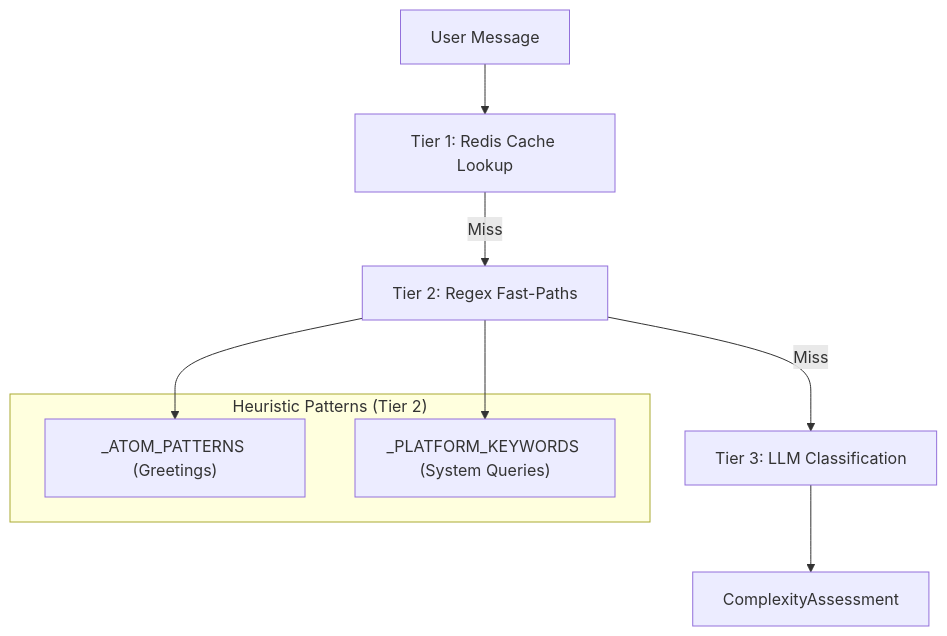
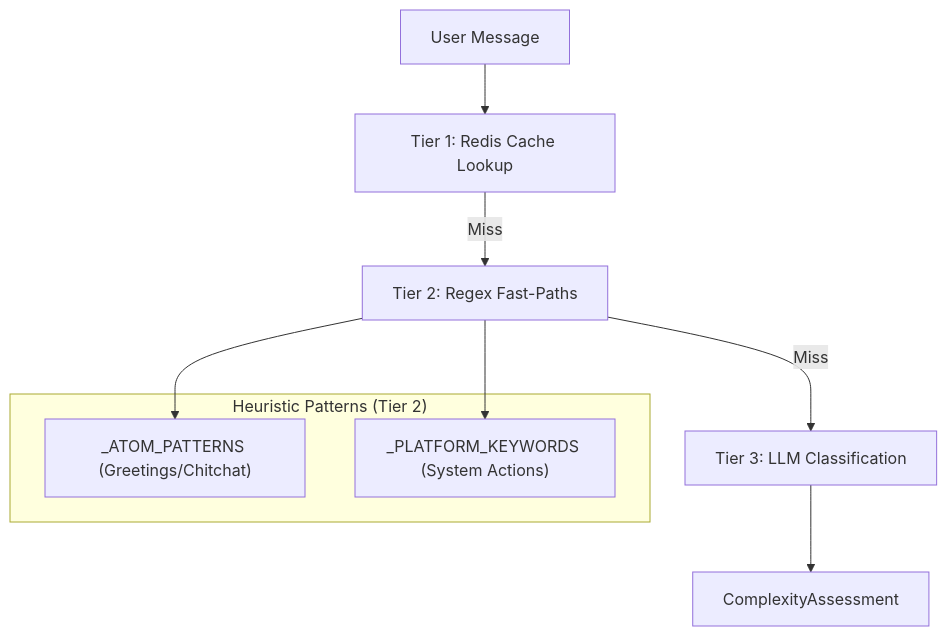
Before and after one commit to AutomatosAI/automatos-ai: the second of 3 diagrams in docs/chat-interface/chat-api-streaming.md, drawn with Mermaid. The commit also changed other lines of this file and 153 other files, not shown here.

````diff
--- a/docs/chat-interface/chat-api-streaming.md
+++ b/docs/chat-interface/chat-api-streaming.md
@@ -131,16 +117,16 @@
 ```mermaid
 graph TD
     MSG["User Message"] --> T1["Tier 1: Redis Cache Lookup"]
     T1 -- Miss --> T2["Tier 2: Regex Fast-Paths"]
     T2 -- Miss --> T3["Tier 3: LLM Classification"]
     
     subgraph "Heuristic Patterns (Tier 2)"
-        P1["_ATOM_PATTERNS (Greetings)"]
-        P2["_PLATFORM_KEYWORDS (System Queries)"]
+        P1["_ATOM_PATTERNS (Greetings/Chitchat)"]
+        P2["_PLATFORM_KEYWORDS (System Actions)"]
     end
     
     T2 --> P1
     T2 --> P2
     
     T3 --> Result["ComplexityAssessment"]
 ```
````
